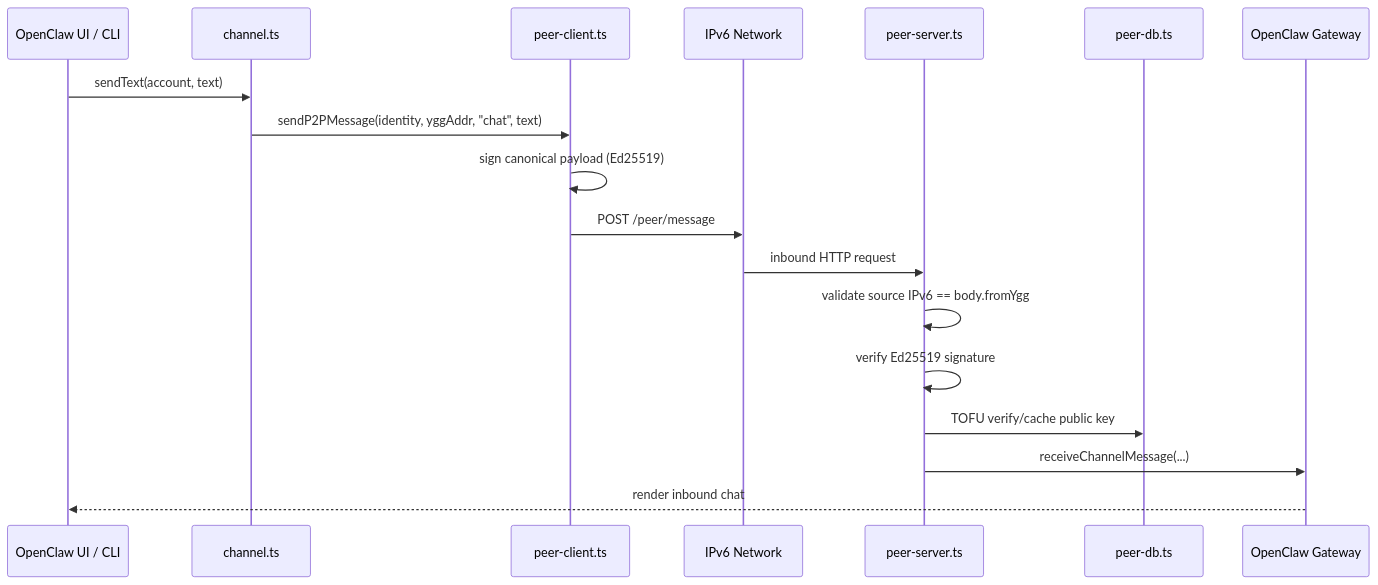
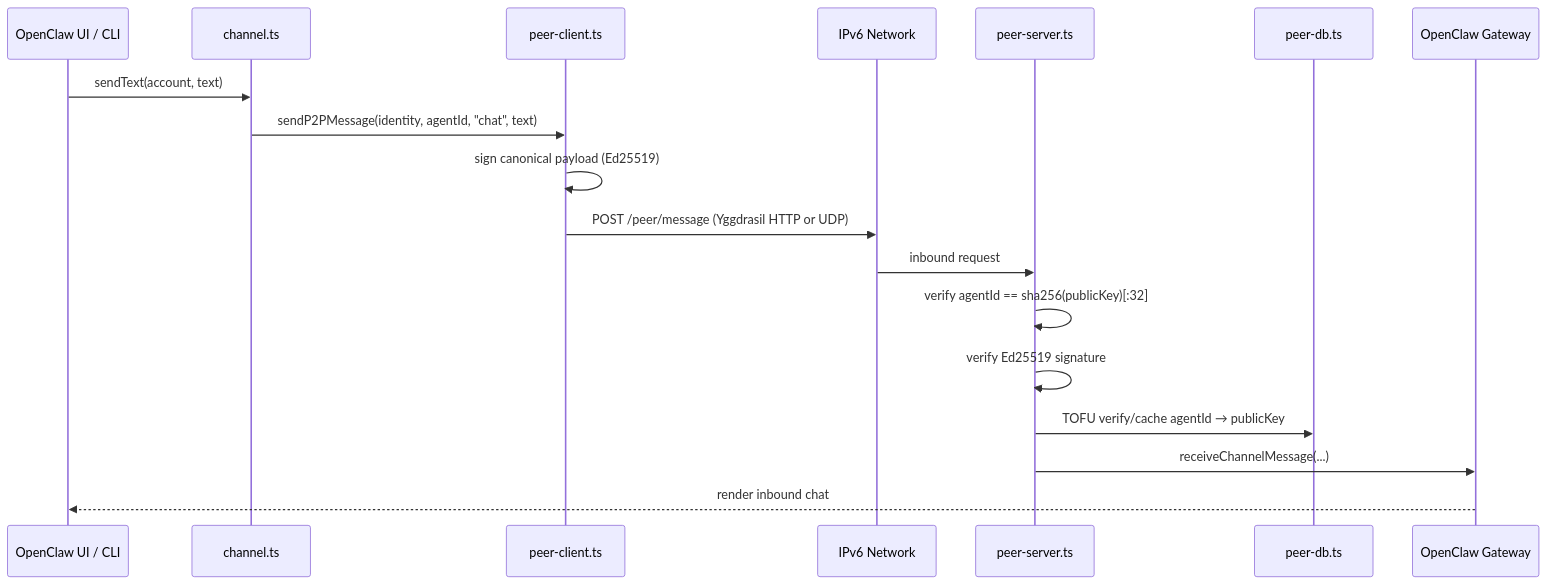
The third of 3 diagrams in README.md (ReScienceLab/declaw), drawn with Mermaid before and after one commit. The commit also changed other lines of this file and 47 other files, not shown here.

````diff
--- a/README.md
+++ b/README.md
@@ -289,21 +301,21 @@
 ```mermaid
 sequenceDiagram
   participant UI as OpenClaw UI / CLI
   participant CH as channel.ts
   participant PC as peer-client.ts
   participant Net as IPv6 Network
   participant PS as peer-server.ts
   participant DB as peer-db.ts
   participant GW as OpenClaw Gateway
 
   UI->>CH: sendText(account, text)
-  CH->>PC: sendP2PMessage(identity, yggAddr, "chat", text)
+  CH->>PC: sendP2PMessage(identity, agentId, "chat", text)
   PC->>PC: sign canonical payload (Ed25519)
-  PC->>Net: POST /peer/message
-  Net->>PS: inbound HTTP request
-  PS->>PS: validate source IPv6 == body.fromYgg
+  PC->>Net: POST /peer/message (Yggdrasil HTTP or UDP)
+  Net->>PS: inbound request
+  PS->>PS: verify agentId == sha256(publicKey)[:32]
   PS->>PS: verify Ed25519 signature
-  PS->>DB: TOFU verify/cache public key
+  PS->>DB: TOFU verify/cache agentId → publicKey
   PS->>GW: receiveChannelMessage(...)
   GW-->>UI: render inbound chat
 ```
````
